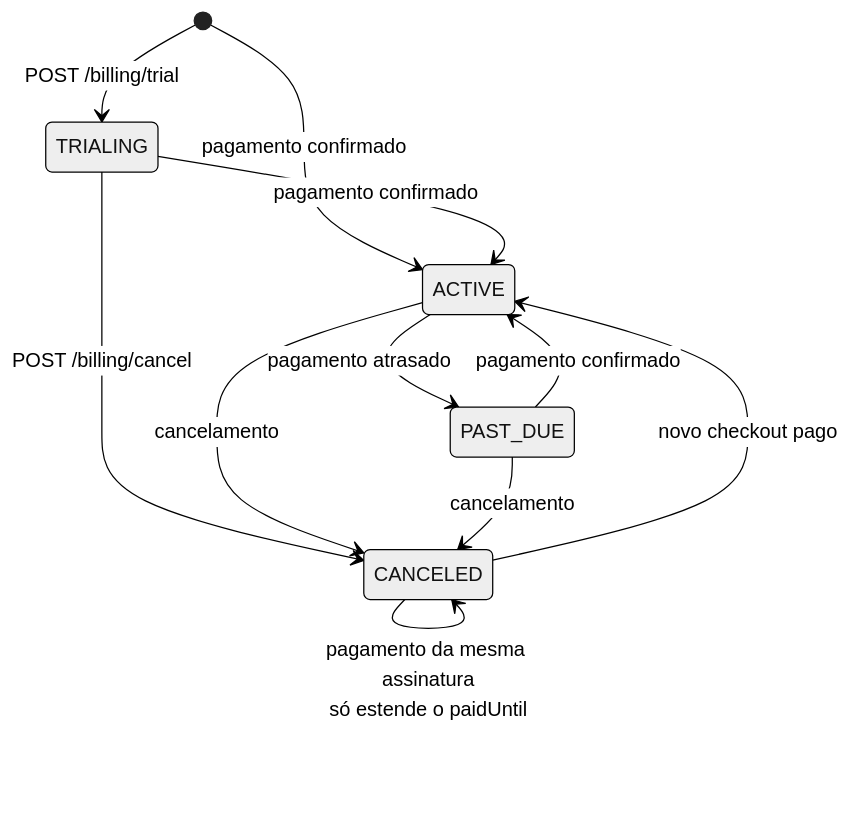
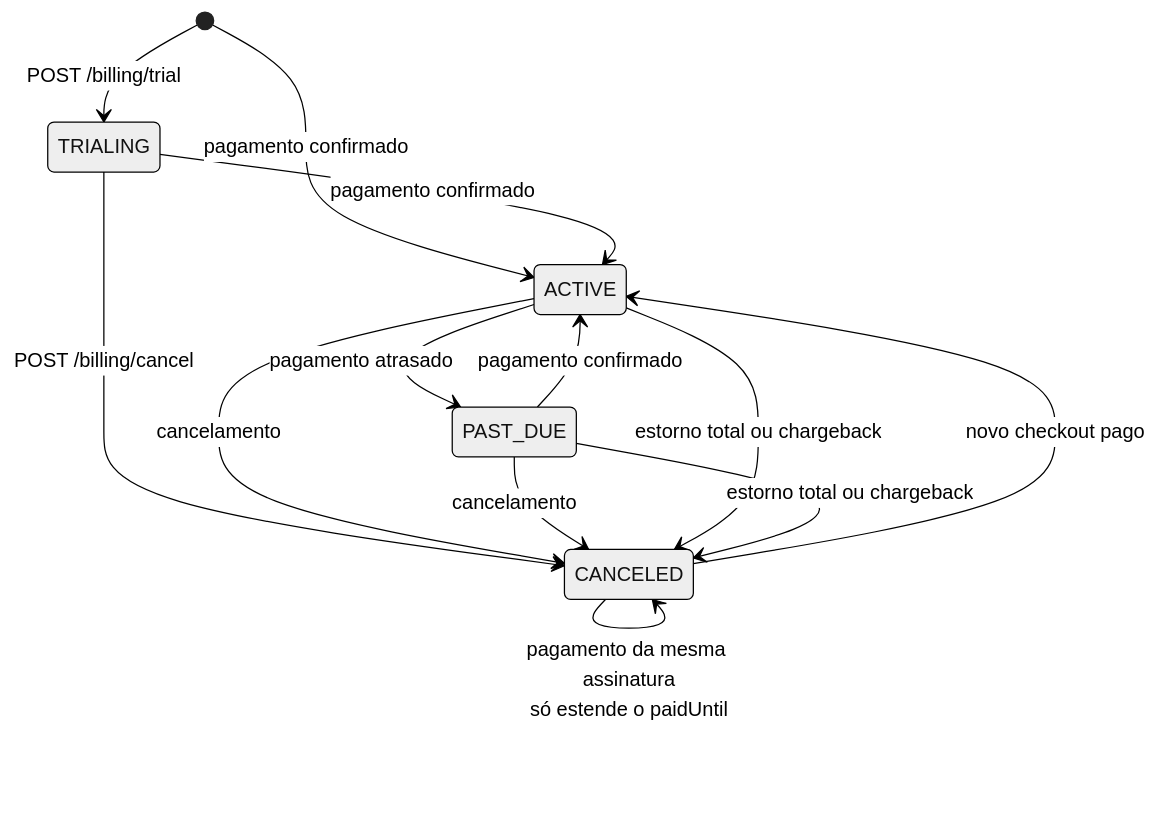
The second of 3 diagrams in docs/guide/04-maquinas-de-estado.md (nivaldoandrade/nacal-api), drawn with Mermaid (neutral theme) before and after one commit. The commit also changed other lines of this file and 16 other files, not shown here.

````diff
--- a/docs/guide/04-maquinas-de-estado.md
+++ b/docs/guide/04-maquinas-de-estado.md
@@ -45,13 +45,15 @@
 ```mermaid
 stateDiagram-v2
     [*] --> TRIALING: POST /billing/trial
     [*] --> ACTIVE: pagamento confirmado
     TRIALING --> ACTIVE: pagamento confirmado
     TRIALING --> CANCELED: POST /billing/cancel
     ACTIVE --> PAST_DUE: pagamento atrasado
     PAST_DUE --> ACTIVE: pagamento confirmado
     ACTIVE --> CANCELED: cancelamento
     PAST_DUE --> CANCELED: cancelamento
+    ACTIVE --> CANCELED: estorno total ou chargeback
+    PAST_DUE --> CANCELED: estorno total ou chargeback
     CANCELED --> CANCELED: pagamento da mesma assinatura<br/>só estende o paidUntil
     CANCELED --> ACTIVE: novo checkout pago
 ```
````
